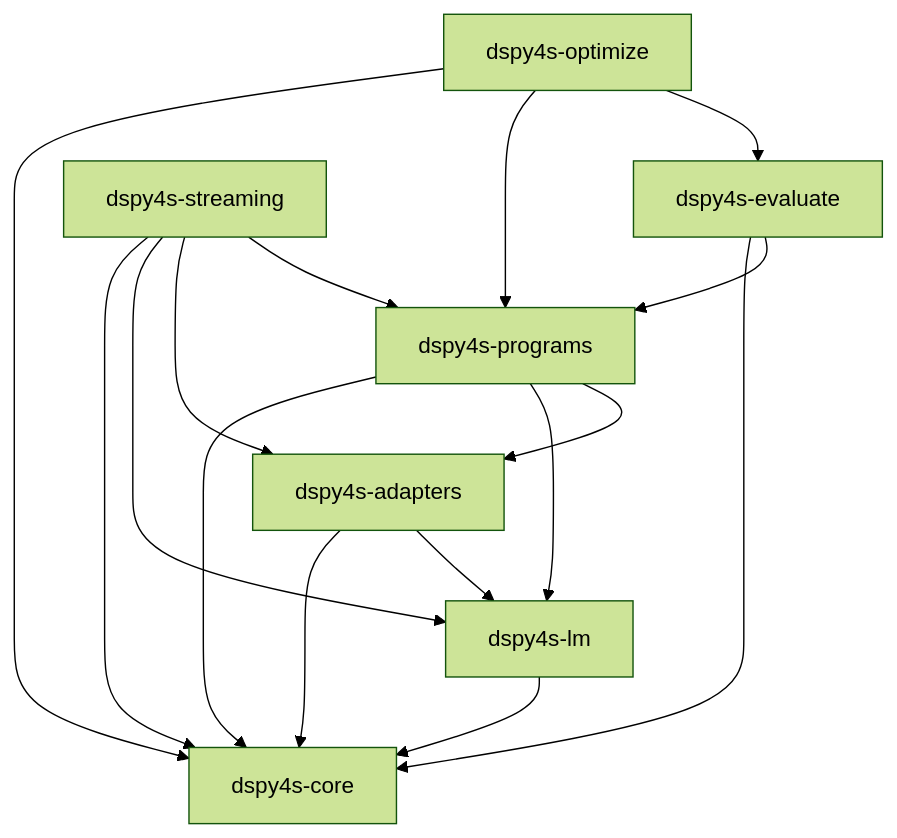
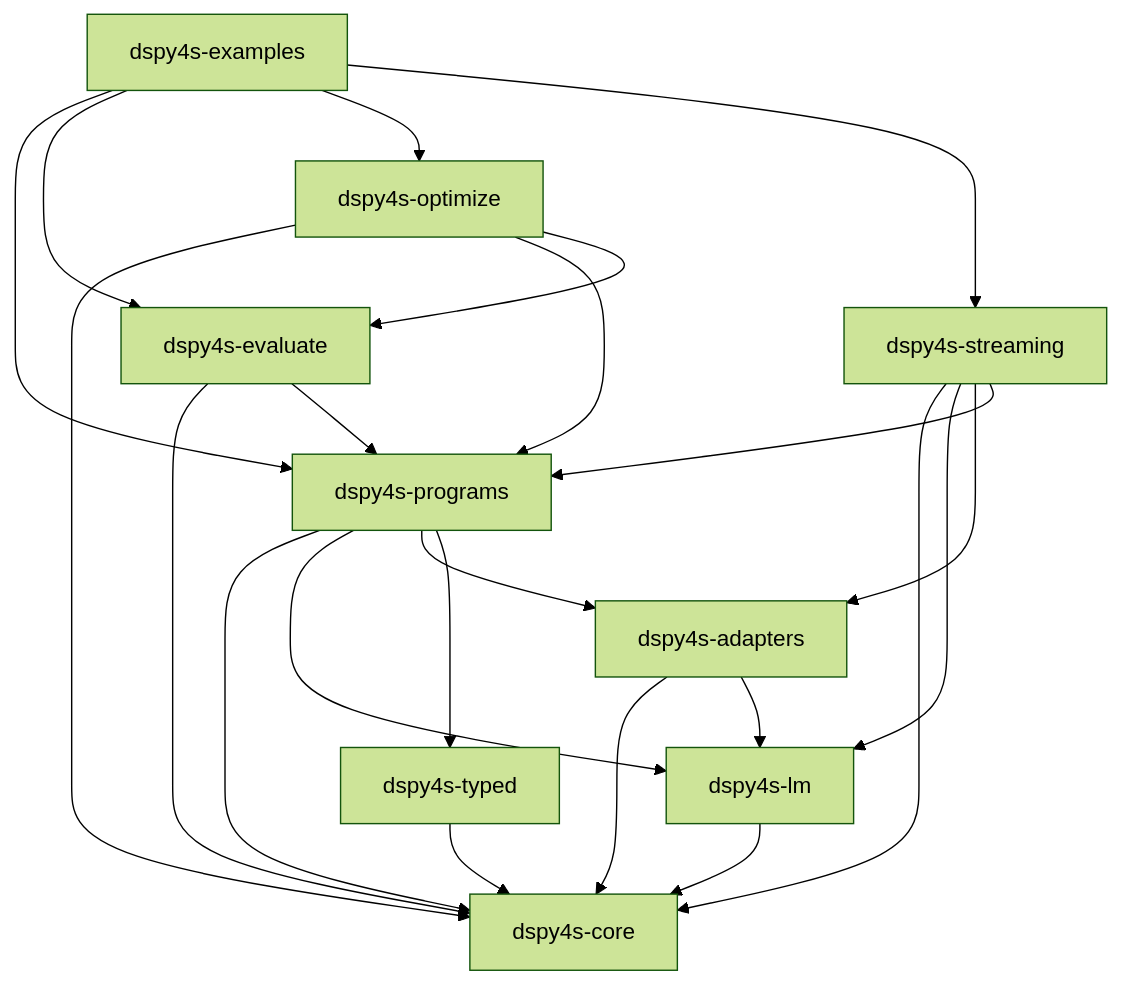
Before and after one commit to jpablo/dspy4s: the diagram in docs/ARCHITECTURE.md, drawn with Mermaid (forest theme). The commit also changed other lines of this file and 15 other files, not shown here.

````diff
--- a/docs/ARCHITECTURE.md
+++ b/docs/ARCHITECTURE.md
@@ -4,26 +11,34 @@
 ```mermaid
 graph TD
   core[dspy4s-core]
+  typed[dspy4s-typed]
   lm[dspy4s-lm]
   adapters[dspy4s-adapters]
   programs[dspy4s-programs]
   evaluate[dspy4s-evaluate]
   optimize[dspy4s-optimize]
   streaming[dspy4s-streaming]
+  examples[dspy4s-examples]
 
+  typed --> core
   lm --> core
   adapters --> core
   adapters --> lm
   programs --> core
   programs --> lm
   programs --> adapters
+  programs --> typed
   evaluate --> core
   evaluate --> programs
   optimize --> core
   optimize --> programs
   optimize --> evaluate
   streaming --> core
   streaming --> lm
   streaming --> adapters
   streaming --> programs
+  examples --> programs
+  examples --> evaluate
+  examples --> optimize
+  examples --> streaming
 ```
````
